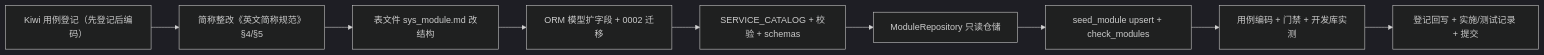
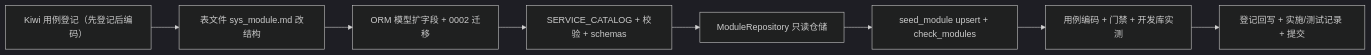
Before and after one commit to minjian123/basic-management-system: the diagram in bms文档/项目/02_后端基座与服务化地基/任务/03_服务目录与契约登记/03_服务目录与契约登记_01_服务目录与注册要素登记/设计/01_详细设计_01_服务目录与注册要素登记.md, drawn with Mermaid (dark theme). The commit also changed other lines of this file, not shown here.

````diff
--- a/bms文档/项目/02_后端基座与服务化地基/任务/03_服务目录与契约登记/03_服务目录与契约登记_01_服务目录与注册要素登记/设计/01_详细设计_01_服务目录与注册要素登记.md
+++ b/bms文档/项目/02_后端基座与服务化地基/任务/03_服务目录与契约登记/03_服务目录与契约登记_01_服务目录与注册要素登记/设计/01_详细设计_01_服务目录与注册要素登记.md
@@ -276,11 +256,10 @@
 ```mermaid
 flowchart LR
-    A["Kiwi 用例登记（先登记后编码）"] --> B[简称整改《英文简称规范》§4/§5]
-    B --> C[表文件 sys_module.md 改结构]
+    A["Kiwi 用例登记（先登记后编码）"] --> C[表文件 sys_module.md 改结构]
     C --> D[ORM 模型扩字段 + 0002 迁移]
     D --> E[SERVICE_CATALOG + 校验 + schemas]
     E --> F[ModuleRepository 只读仓储]
     F --> G[seed_module upsert + check_modules]
     G --> H[用例编码 + 门禁 + 开发库实测]
     H --> I[登记回写 + 实施/测试记录 + 提交]
 ```
````
